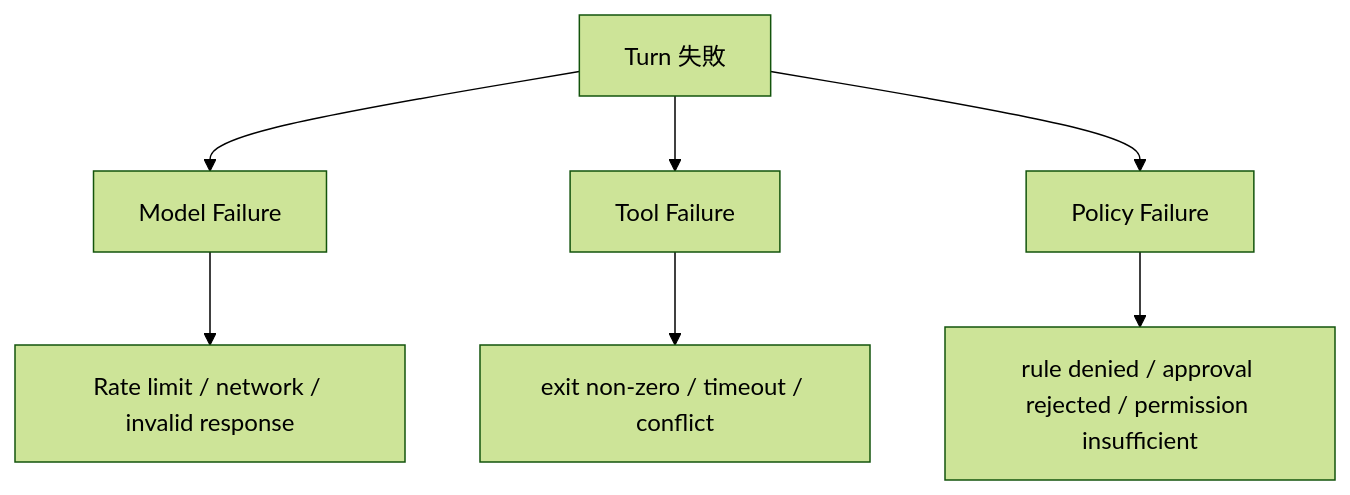
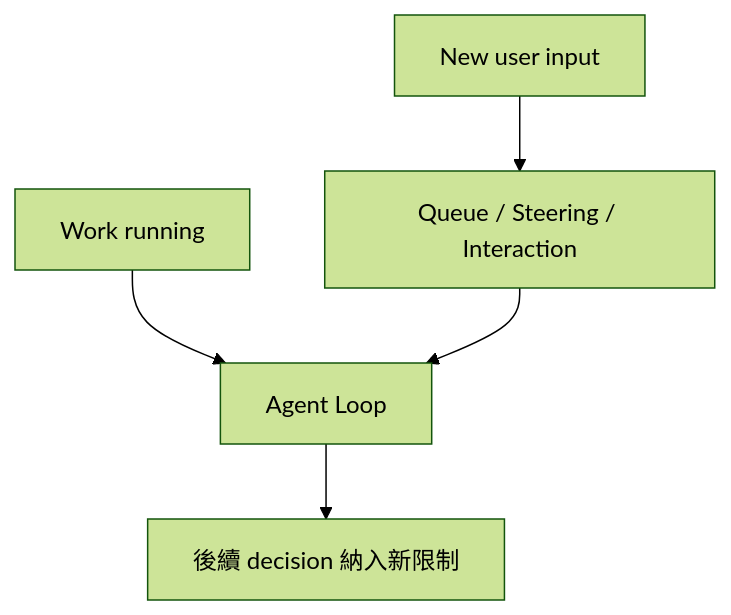
The sixth of 7 diagrams in docs/foundations/agent-loop.md (indigofeather/harness-book), drawn with Mermaid (forest theme) before and after one commit. The commit also changed other lines of this file and 48 other files, not shown here.

````diff
--- a/docs/foundations/agent-loop.md
+++ b/docs/foundations/agent-loop.md
@@ -265,9 +256,7 @@
 ```mermaid
 flowchart TD
-  F[Turn 失敗] --> M[Model Failure]
-  F --> T[Tool Failure]
-  F --> P[Policy Failure]
-  M --> M1[Rate limit / network / invalid response]
-  T --> T1[exit non-zero / timeout / conflict]
-  P --> P1[rule denied / approval rejected / permission insufficient]
+  A[Work running] --> L[Agent Loop]
+  U[New user input] --> Q[Queue / Steering / Interaction]
+  Q --> L
+  L --> N[後續 decision 納入新限制]
 ```
````
